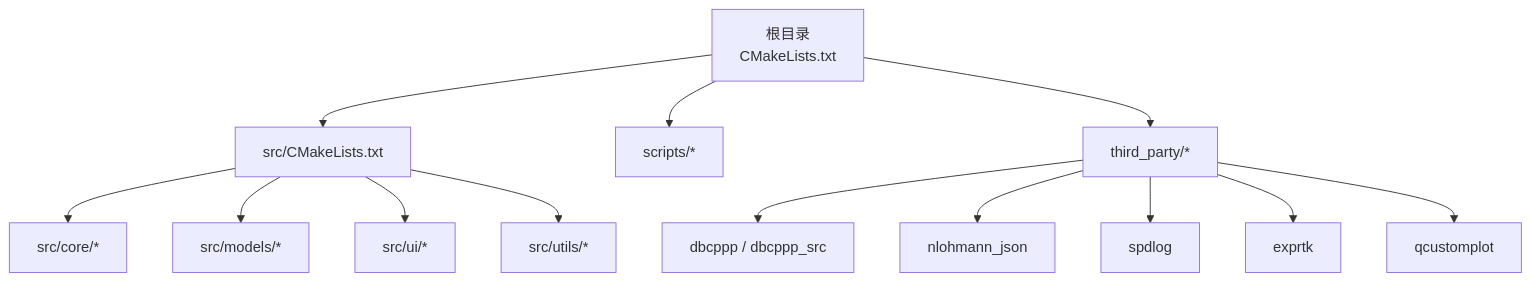
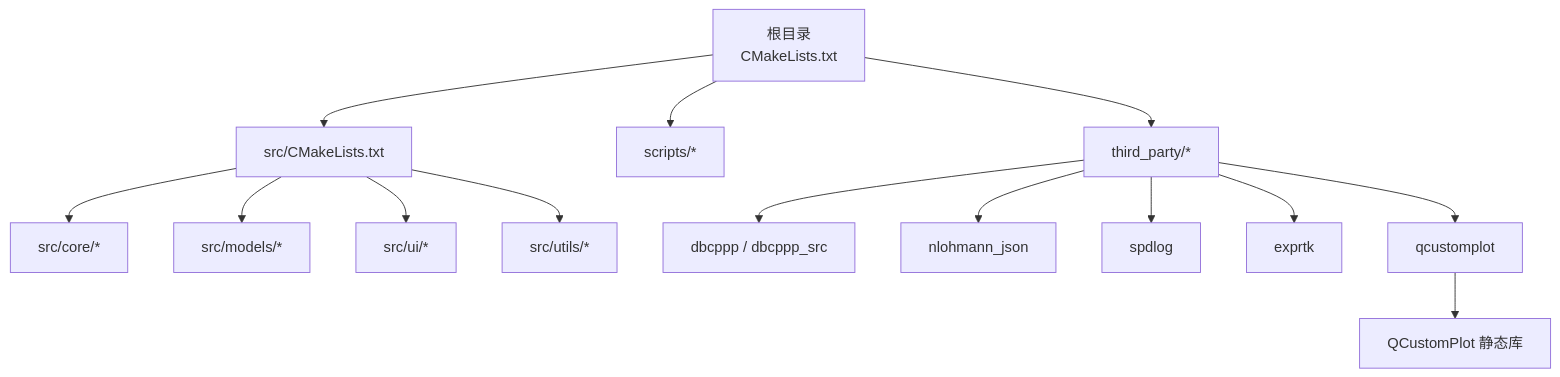
One commit to jakecai1225-design/OpenBus changed the first of 5 diagrams in .qoder/repowiki/zh/content/构建和部署/第三方组件集成.md. Above: the diagram before and after it, drawn with Mermaid. The commit also changed other lines of this file and 71 other files, not shown here.

Commit message:
graphic trace

````diff
--- a/.qoder/repowiki/zh/content/构建和部署/第三方组件集成.md
+++ b/.qoder/repowiki/zh/content/构建和部署/第三方组件集成.md
@@ -45,15 +42,16 @@
 ```mermaid
 graph TB
 A["根目录<br/>CMakeLists.txt"] --> B["src/CMakeLists.txt"]
 A --> C["scripts/*"]
 A --> D["third_party/*"]
 B --> E["src/core/*"]
 B --> F["src/models/*"]
 B --> G["src/ui/*"]
 B --> H["src/utils/*"]
 D --> I["dbcppp / dbcppp_src"]
 D --> J["nlohmann_json"]
 D --> K["spdlog"]
 D --> L["exprtk"]
 D --> M["qcustomplot"]
+M --> N["QCustomPlot 静态库"]
 ```
````
